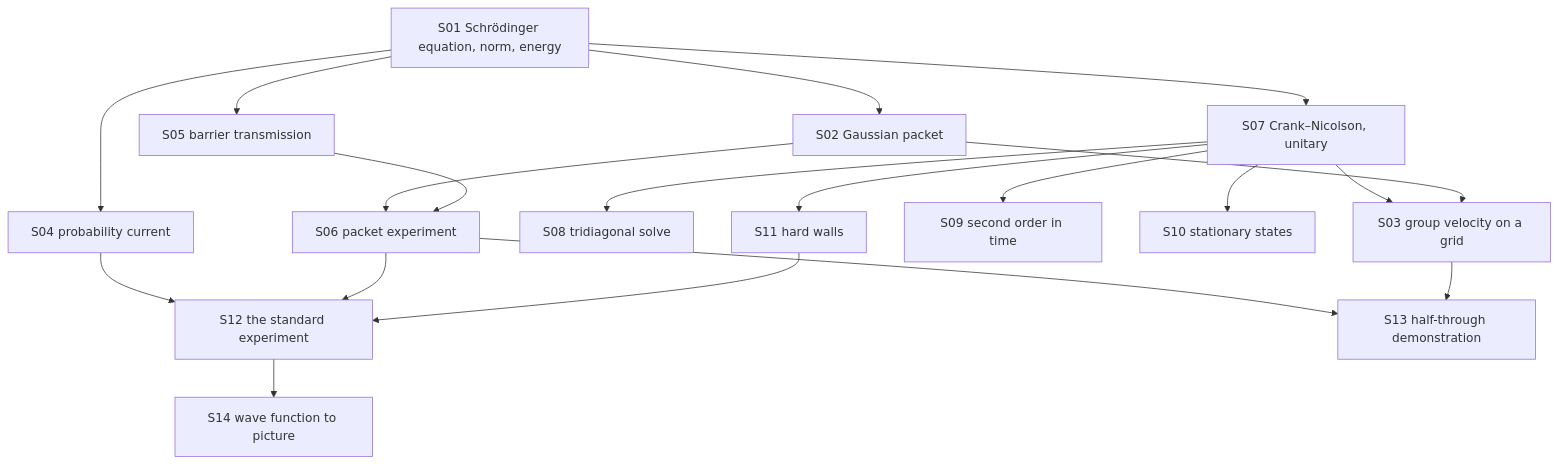
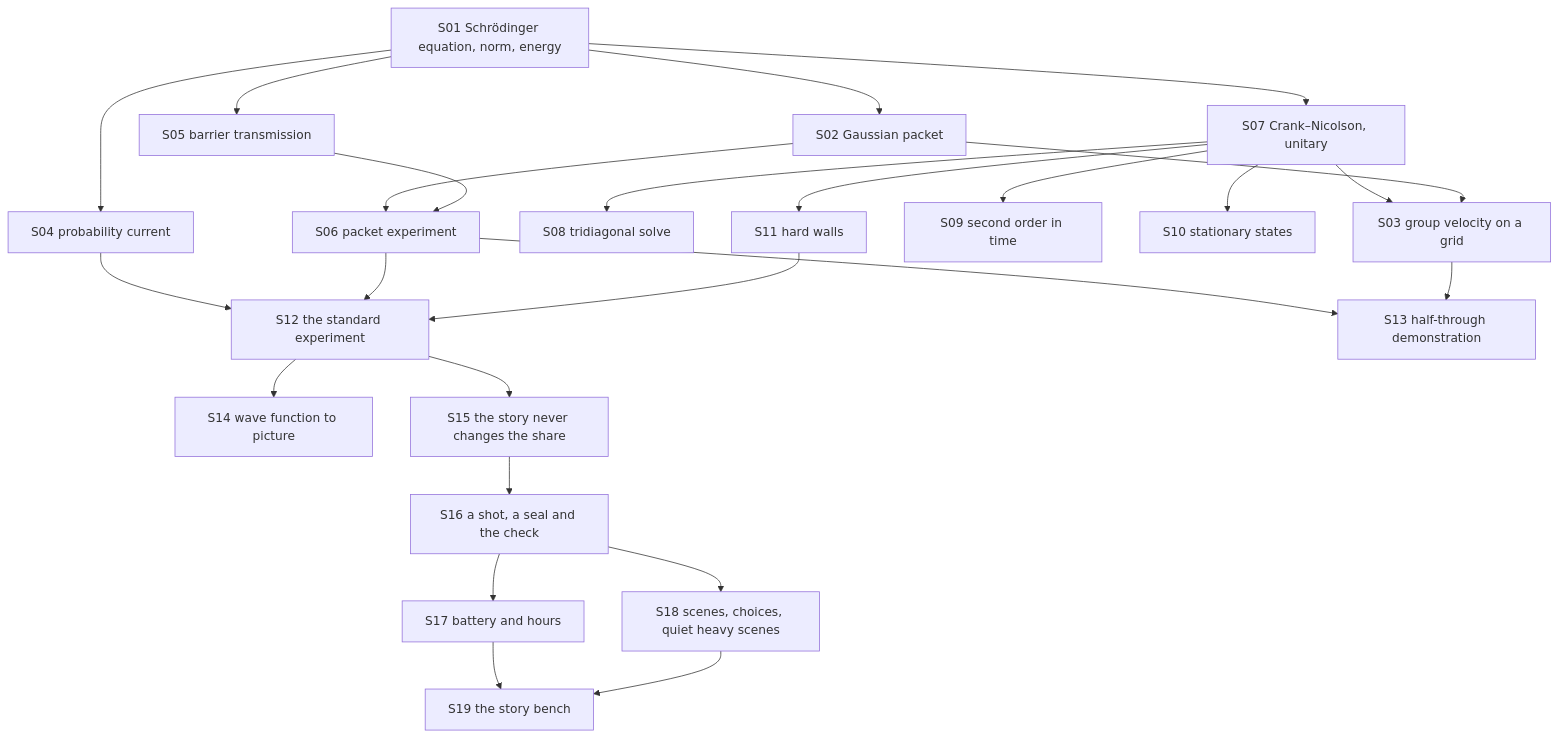
The diagram in docs/theory/README.md (TM-59/quantum-wave-hopper), drawn with Mermaid before and after one commit. The commit also changed other lines of this file and 38 other files, not shown here.

````diff
--- a/docs/theory/README.md
+++ b/docs/theory/README.md
@@ -17,21 +18,27 @@
 ```mermaid
 flowchart TD
     S01["S01 Schrödinger equation, norm, energy"] --> S02["S02 Gaussian packet"]
     S01 --> S04["S04 probability current"]
     S01 --> S05["S05 barrier transmission"]
     S02 --> S06["S06 packet experiment"]
     S05 --> S06
     S01 --> S07["S07 Crank–Nicolson, unitary"]
     S07 --> S08["S08 tridiagonal solve"]
     S07 --> S03["S03 group velocity on a grid"]
     S02 --> S03
     S07 --> S09["S09 second order in time"]
     S07 --> S10["S10 stationary states"]
     S07 --> S11["S11 hard walls"]
     S04 --> S12["S12 the standard experiment"]
     S06 --> S12
     S11 --> S12
     S06 --> S13["S13 half-through demonstration"]
     S03 --> S13
     S12 --> S14["S14 wave function to picture"]
+    S12 --> S15["S15 the story never changes the share"]
+    S15 --> S16["S16 a shot, a seal and the check"]
+    S16 --> S17["S17 battery and hours"]
+    S16 --> S18["S18 scenes, choices, quiet heavy scenes"]
+    S17 --> S19["S19 the story bench"]
+    S18 --> S19
 ```
````
